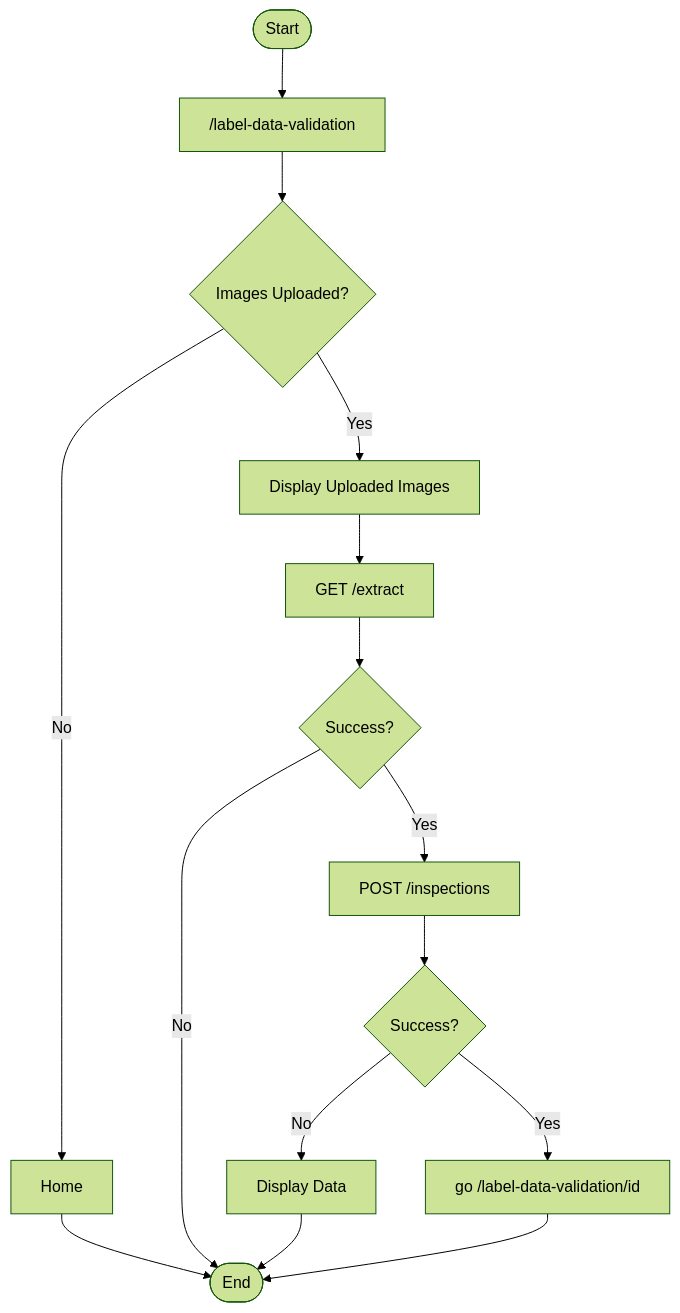
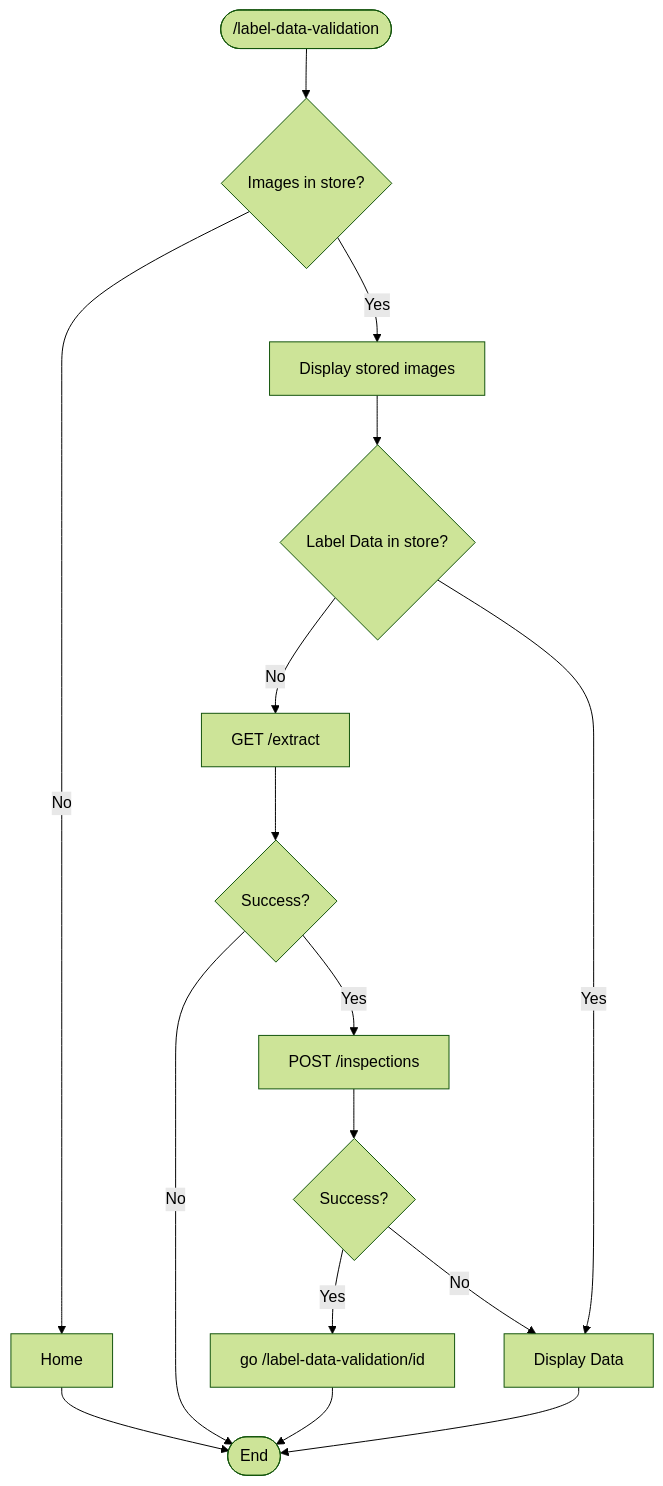
One commit to ai-cfia/fertiscan-frontend changed the first of 2 diagrams in docs/label-data-validation/flowchart.md. Above: the diagram before and after it, drawn with Mermaid (forest theme). The commit also changed 4 other files, not shown here.

Commit message:
issue #202: update to validation page flowchart

````diff
--- a/docs/label-data-validation/flowchart.md
+++ b/docs/label-data-validation/flowchart.md
@@ -5,13 +5,14 @@
 ```mermaid
 flowchart TD
-    Start([Start]) --> LabelDataValidation["/label-data-validation"]
-    LabelDataValidation --> ImagesUploaded{Images Uploaded?}
-    ImagesUploaded -->|No| HomePage[Home] --> End([End])
-    ImagesUploaded -->|Yes| DisplayUploadedImages["Display Uploaded Images"] --> GetExtract[GET /extract]
+    LabelDataValidation(["/label-data-validation"]) --> ImagesInStore{Images in store?}
+    ImagesInStore -->|No| HomePage[Home] --> End([End])
+    ImagesInStore -->|Yes| DisplayStoredImages["Display stored images"] --> LabelDataInStore{Label Data in store?}
+    LabelDataInStore -->|No| GetExtract[GET /extract]
+    LabelDataInStore -->|Yes| DisplayData[Display Data]
     GetExtract --> Success{Success?}
     Success -->|No| End
     Success -->|Yes| PostInspections[POST /inspections]
     PostInspections --> SaveSuccess{Success?}
-    SaveSuccess -->|No| DisplayData[Display Data] --> End
     SaveSuccess -->|Yes| LabelDataWithID["go /label-data-validation/id"] --> End
+    SaveSuccess -->|No| DisplayData --> End
 ```
````
